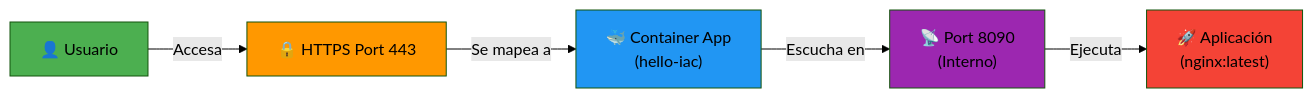
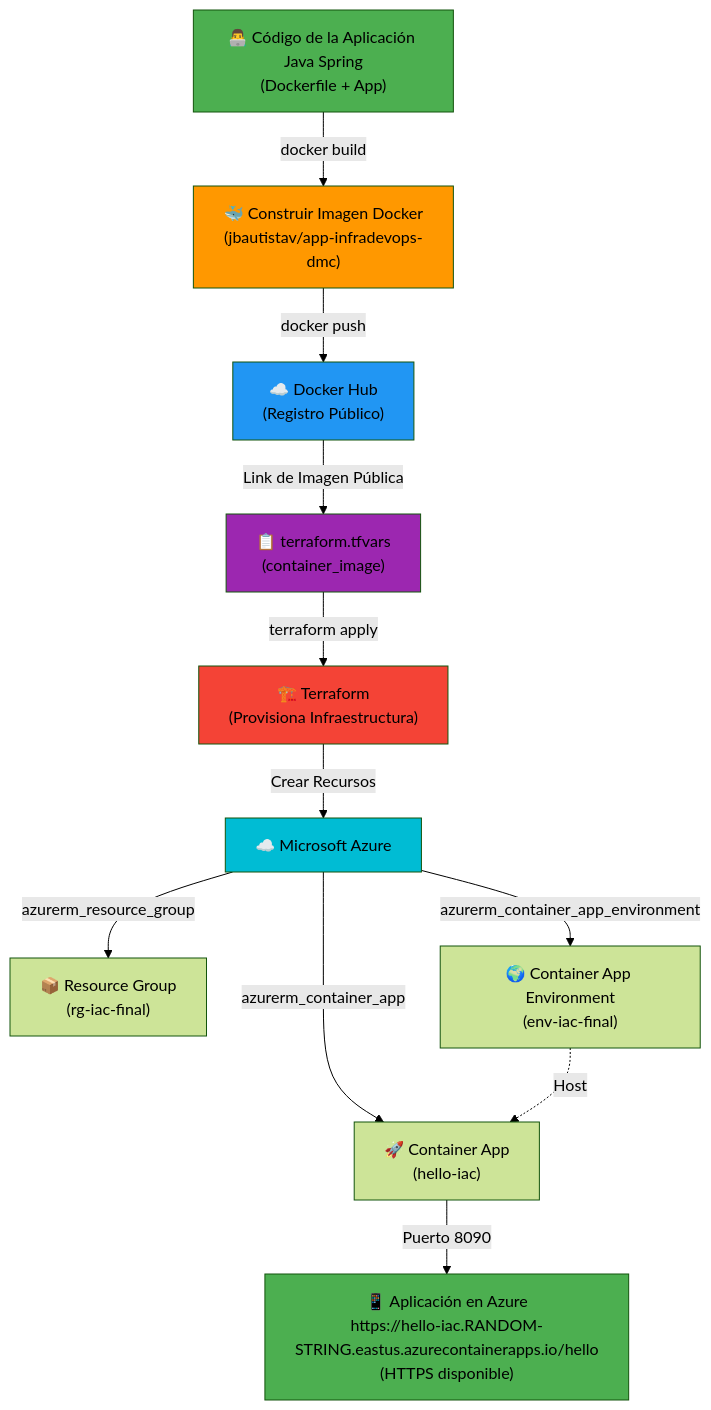
The second of 2 diagrams in README.md (Josloader3/dmc-devops-iac-terra), drawn with Mermaid (forest theme) before and after one commit.

Commit message:
Mermaid diagram v2

````diff
--- a/README.md
+++ b/README.md
@@ -132,19 +132,21 @@
 ```mermaid
-graph LR
-    User["👤 Usuario"]
-    HTTPS["🔒 HTTPS Port 443"]
-    Container["🐳 Container App<br/>(hello-iac)"]
-    Port["📡 Port 8090<br/>(Interno)"]
-    App["🚀 Aplicación<br/>(nginx:latest)"]
+graph TD
+    A["👨‍💻 Código de la Aplicación Java Spring<br/>(Dockerfile + App)"] -->|docker build| B["🐳 Construir Imagen Docker<br/>(jbautistav/app-infradevops-dmc)"]
+    B -->|docker push| C["☁️ Docker Hub<br/>(Registro Público)"]
+    C -->|Link de Imagen Pública| D["📋 terraform.tfvars<br/>(container_image)"]
+    D -->|terraform apply| E["🏗️ Terraform<br/>(Provisiona Infraestructura)"]
+    E -->|Crear Recursos| F["☁️ Microsoft Azure"]
+    F -->|azurerm_resource_group| G["📦 Resource Group<br/>(rg-iac-final)"]
+    F -->|azurerm_container_app_environment| H["🌍 Container App Environment<br/>(env-iac-final)"]
+    F -->|azurerm_container_app| I["🚀 Container App<br/>(hello-iac)"]
+    H -.->|Host| I
+    I -->|Puerto 8090| J["📱 Aplicación en Azure<br/>https://hello-iac.RANDOM-STRING.eastus.azurecontainerapps.io/hello<br/>(HTTPS disponible)"]
     
-    User -->|Accesa| HTTPS
-    HTTPS -->|Se mapea a| Container
-    Container -->|Escucha en| Port
-    Port -->|Ejecuta| App
-    
-    style User fill:#4CAF50
-    style HTTPS fill:#FF9800
-    style Container fill:#2196F3
-    style Port fill:#9C27B0
-    style App fill:#F44336
+    style A fill:#4CAF50
+    style B fill:#FF9800
+    style C fill:#2196F3
+    style D fill:#9C27B0
+    style E fill:#F44336
+    style F fill:#00BCD4
+    style J fill:#4CAF50
 ```
````
